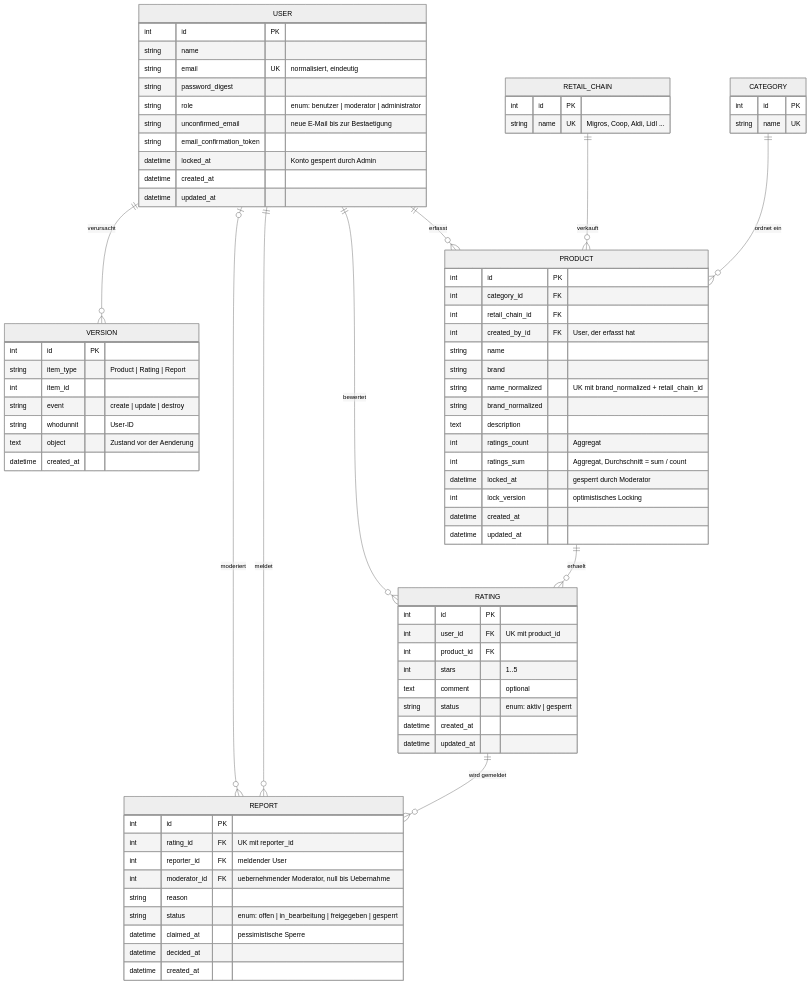
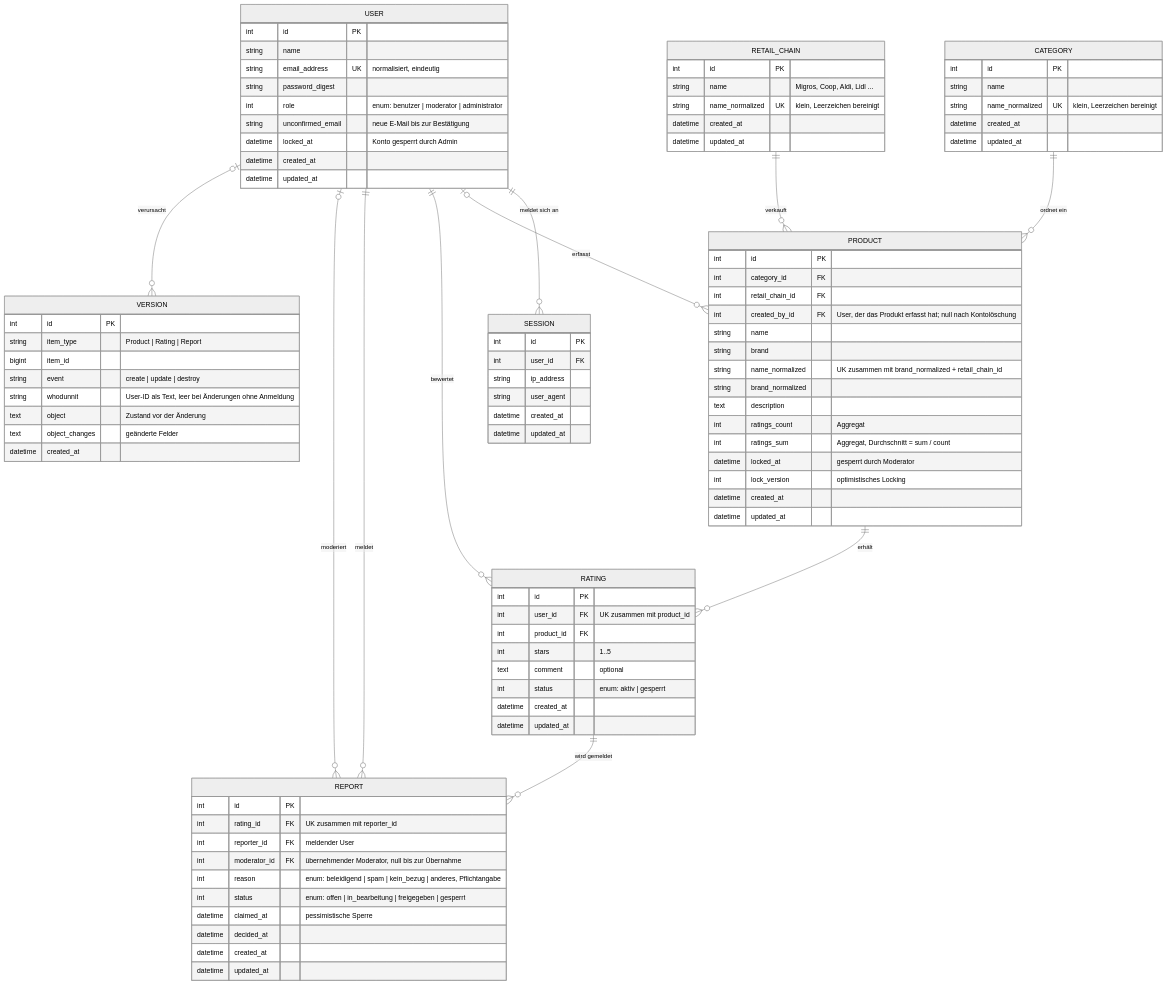
The diagram in docs/design/erm.mmd (bawan-code/m223), drawn with Mermaid (neutral theme) before and after one commit. The commit also changed 13 other files, not shown here.

```diff
--- a/docs/design/erm.mmd
+++ b/docs/design/erm.mmd
@@ -1,84 +1,101 @@
 erDiagram
     USER {
         int id PK
         string name
-        string email UK "normalisiert, eindeutig"
+        string email_address UK "normalisiert, eindeutig"
         string password_digest
-        string role "enum: benutzer | moderator | administrator"
-        string unconfirmed_email "neue E-Mail bis zur Bestaetigung"
-        string email_confirmation_token
+        int role "enum: benutzer | moderator | administrator"
+        string unconfirmed_email "neue E-Mail bis zur Bestätigung"
         datetime locked_at "Konto gesperrt durch Admin"
+        datetime created_at
+        datetime updated_at
+    }
+
+    SESSION {
+        int id PK
+        int user_id FK
+        string ip_address
+        string user_agent
         datetime created_at
         datetime updated_at
     }
 
     CATEGORY {
         int id PK
-        string name UK
+        string name
+        string name_normalized UK "klein, Leerzeichen bereinigt"
+        datetime created_at
+        datetime updated_at
     }
 
     RETAIL_CHAIN {
         int id PK
-        string name UK "Migros, Coop, Aldi, Lidl ..."
+        string name "Migros, Coop, Aldi, Lidl ..."
+        string name_normalized UK "klein, Leerzeichen bereinigt"
+        datetime created_at
+        datetime updated_at
     }
 
     PRODUCT {
         int id PK
         int category_id FK
         int retail_chain_id FK
-        int created_by_id FK "User, der erfasst hat"
+        int created_by_id FK "User, der das Produkt erfasst hat; null nach Kontolöschung"
         string name
         string brand
-        string name_normalized "UK mit brand_normalized + retail_chain_id"
+        string name_normalized "UK zusammen mit brand_normalized + retail_chain_id"
         string brand_normalized
         text description
         int ratings_count "Aggregat"
         int ratings_sum "Aggregat, Durchschnitt = sum / count"
         datetime locked_at "gesperrt durch Moderator"
         int lock_version "optimistisches Locking"
         datetime created_at
         datetime updated_at
     }
 
     RATING {
         int id PK
-        int user_id FK "UK mit product_id"
+        int user_id FK "UK zusammen mit product_id"
         int product_id FK
         int stars "1..5"
         text comment "optional"
-        string status "enum: aktiv | gesperrt"
+        int status "enum: aktiv | gesperrt"
         datetime created_at
         datetime updated_at
     }
 
     REPORT {
         int id PK
-        int rating_id FK "UK mit reporter_id"
+        int rating_id FK "UK zusammen mit reporter_id"
         int reporter_id FK "meldender User"
-        int moderator_id FK "uebernehmender Moderator, null bis Uebernahme"
-        string reason
-        string status "enum: offen | in_bearbeitung | freigegeben | gesperrt"
+        int moderator_id FK "übernehmender Moderator, null bis zur Übernahme"
+        int reason "enum: beleidigend | spam | kein_bezug | anderes, Pflichtangabe"
+        int status "enum: offen | in_bearbeitung | freigegeben | gesperrt"
         datetime claimed_at "pessimistische Sperre"
         datetime decided_at
         datetime created_at
+        datetime updated_at
     }
 
     VERSION {
         int id PK
         string item_type "Product | Rating | Report"
-        int item_id
+        bigint item_id
         string event "create | update | destroy"
-        string whodunnit "User-ID"
-        text object "Zustand vor der Aenderung"
+        string whodunnit "User-ID als Text, leer bei Änderungen ohne Anmeldung"
+        text object "Zustand vor der Änderung"
+        text object_changes "geänderte Felder"
         datetime created_at
     }
 
-    USER ||--o{ PRODUCT : "erfasst"
+    USER ||--o{ SESSION : "meldet sich an"
+    USER |o--o{ PRODUCT : "erfasst"
     USER ||--o{ RATING : "bewertet"
-    PRODUCT ||--o{ RATING : "erhaelt"
+    PRODUCT ||--o{ RATING : "erhält"
     CATEGORY ||--o{ PRODUCT : "ordnet ein"
     RETAIL_CHAIN ||--o{ PRODUCT : "verkauft"
     RATING ||--o{ REPORT : "wird gemeldet"
     USER ||--o{ REPORT : "meldet"
     USER |o--o{ REPORT : "moderiert"
-    USER ||--o{ VERSION : "verursacht"
+    USER |o--o{ VERSION : "verursacht"
```
